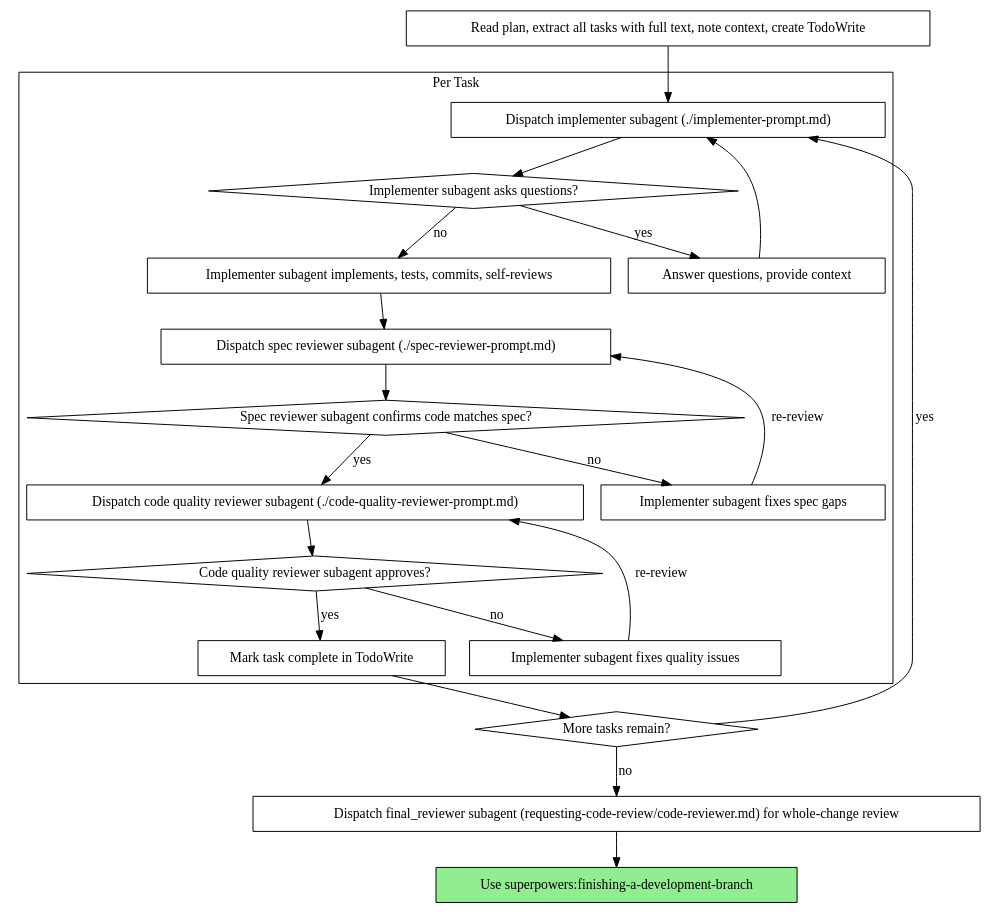
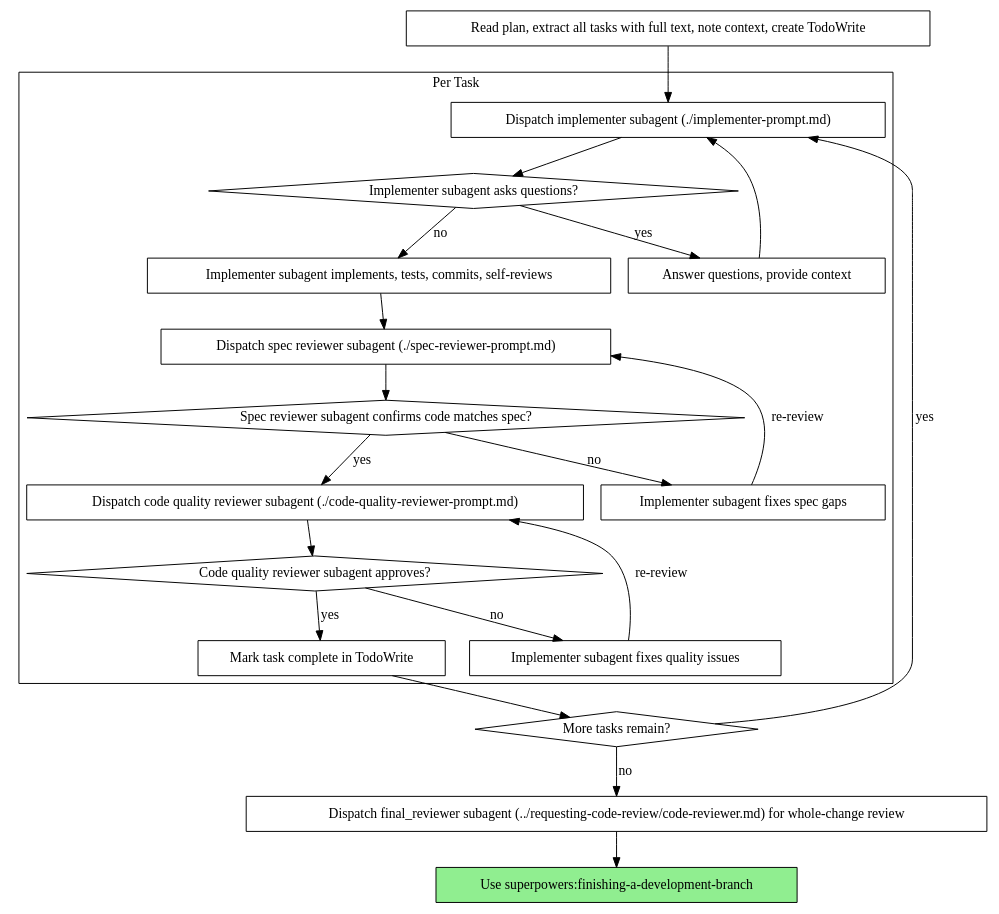
One commit to MaxFabian25/codex-workflows changed the second of 2 diagrams in skills/subagent-driven-development/SKILL.md. Above: the diagram before and after it, drawn with Graphviz. The commit also changed other lines of this file and 3 other files, not shown here.

````diff
--- a/skills/subagent-driven-development/SKILL.md
+++ b/skills/subagent-driven-development/SKILL.md
@@ -42,44 +42,44 @@
 ```dot
 digraph process {
     rankdir=TB;
 
     subgraph cluster_per_task {
         label="Per Task";
         "Dispatch implementer subagent (./implementer-prompt.md)" [shape=box];
         "Implementer subagent asks questions?" [shape=diamond];
         "Answer questions, provide context" [shape=box];
         "Implementer subagent implements, tests, commits, self-reviews" [shape=box];
         "Dispatch spec reviewer subagent (./spec-reviewer-prompt.md)" [shape=box];
         "Spec reviewer subagent confirms code matches spec?" [shape=diamond];
         "Implementer subagent fixes spec gaps" [shape=box];
         "Dispatch code quality reviewer subagent (./code-quality-reviewer-prompt.md)" [shape=box];
         "Code quality reviewer subagent approves?" [shape=diamond];
         "Implementer subagent fixes quality issues" [shape=box];
         "Mark task complete in TodoWrite" [shape=box];
     }
 
     "Read plan, extract all tasks with full text, note context, create TodoWrite" [shape=box];
     "More tasks remain?" [shape=diamond];
-    "Dispatch final_reviewer subagent (requesting-code-review/code-reviewer.md) for whole-change review" [shape=box];
+    "Dispatch final_reviewer subagent (../requesting-code-review/code-reviewer.md) for whole-change review" [shape=box];
     "Use superpowers:finishing-a-development-branch" [shape=box style=filled fillcolor=lightgreen];
 
     "Read plan, extract all tasks with full text, note context, create TodoWrite" -> "Dispatch implementer subagent (./implementer-prompt.md)";
     "Dispatch implementer subagent (./implementer-prompt.md)" -> "Implementer subagent asks questions?";
     "Implementer subagent asks questions?" -> "Answer questions, provide context" [label="yes"];
     "Answer questions, provide context" -> "Dispatch implementer subagent (./implementer-prompt.md)";
     "Implementer subagent asks questions?" -> "Implementer subagent implements, tests, commits, self-reviews" [label="no"];
     "Implementer subagent implements, tests, commits, self-reviews" -> "Dispatch spec reviewer subagent (./spec-reviewer-prompt.md)";
     "Dispatch spec reviewer subagent (./spec-reviewer-prompt.md)" -> "Spec reviewer subagent confirms code matches spec?";
     "Spec reviewer subagent confirms code matches spec?" -> "Implementer subagent fixes spec gaps" [label="no"];
     "Implementer subagent fixes spec gaps" -> "Dispatch spec reviewer subagent (./spec-reviewer-prompt.md)" [label="re-review"];
     "Spec reviewer subagent confirms code matches spec?" -> "Dispatch code quality reviewer subagent (./code-quality-reviewer-prompt.md)" [label="yes"];
     "Dispatch code quality reviewer subagent (./code-quality-reviewer-prompt.md)" -> "Code quality reviewer subagent approves?";
     "Code quality reviewer subagent approves?" -> "Implementer subagent fixes quality issues" [label="no"];
     "Implementer subagent fixes quality issues" -> "Dispatch code quality reviewer subagent (./code-quality-reviewer-prompt.md)" [label="re-review"];
     "Code quality reviewer subagent approves?" -> "Mark task complete in TodoWrite" [label="yes"];
     "Mark task complete in TodoWrite" -> "More tasks remain?";
     "More tasks remain?" -> "Dispatch implementer subagent (./implementer-prompt.md)" [label="yes"];
-    "More tasks remain?" -> "Dispatch final_reviewer subagent (requesting-code-review/code-reviewer.md) for whole-change review" [label="no"];
-    "Dispatch final_reviewer subagent (requesting-code-review/code-reviewer.md) for whole-change review" -> "Use superpowers:finishing-a-development-branch";
+    "More tasks remain?" -> "Dispatch final_reviewer subagent (../requesting-code-review/code-reviewer.md) for whole-change review" [label="no"];
+    "Dispatch final_reviewer subagent (../requesting-code-review/code-reviewer.md) for whole-change review" -> "Use superpowers:finishing-a-development-branch";
 }
 ```
````
